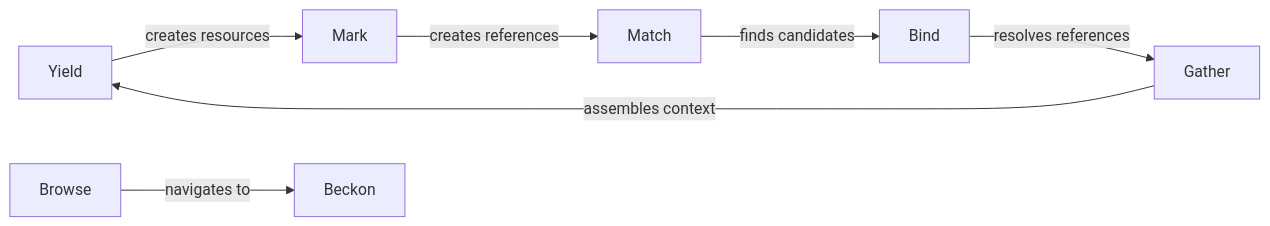
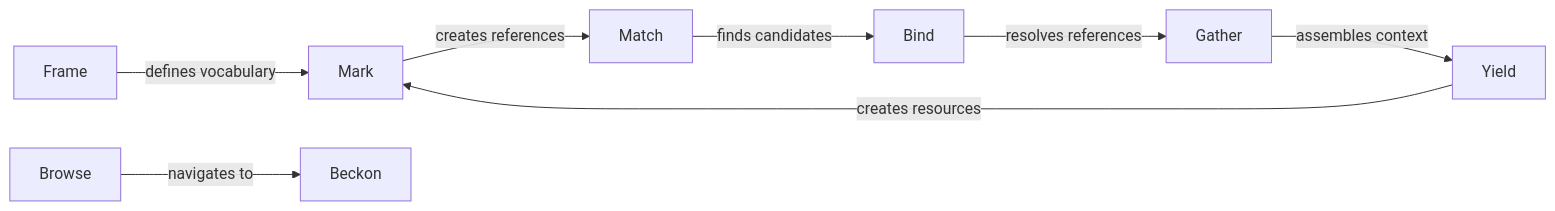
One commit to The-AI-Alliance/semiont changed the diagram in docs/protocol/flows/README.md. Above: the diagram before and after it, drawn with Mermaid. The commit also changed other lines of this file and 61 other files, not shown here.

````diff
--- a/docs/protocol/flows/README.md
+++ b/docs/protocol/flows/README.md
@@ -17,9 +20,10 @@
 ```mermaid
 graph LR
-    YIELD["Yield"] -->|creates resources| MARK["Mark"]
+    FRAME["Frame"] -->|defines vocabulary| MARK["Mark"]
+    YIELD["Yield"] -->|creates resources| MARK
     MARK -->|creates references| MATCH["Match"]
     MATCH -->|finds candidates| BIND["Bind"]
     BIND -->|resolves references| GATHER["Gather"]
     GATHER -->|assembles context| YIELD
     BROWSE["Browse"] -->|navigates to| BECKON["Beckon"]
 ```
````
